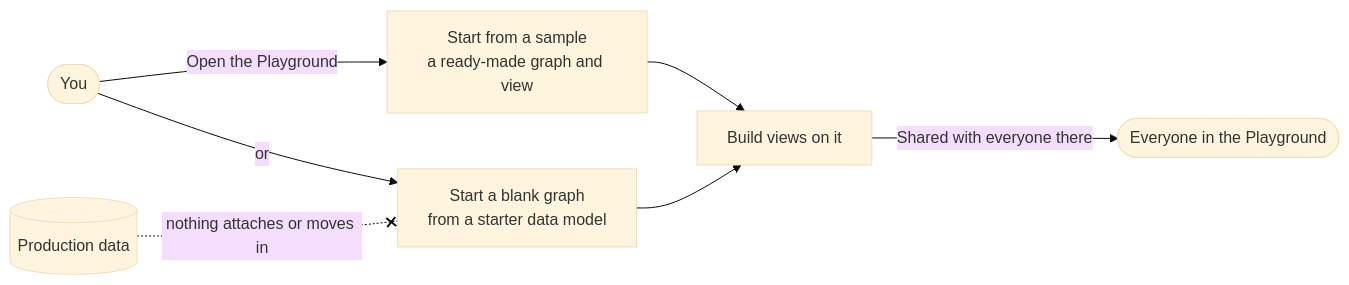
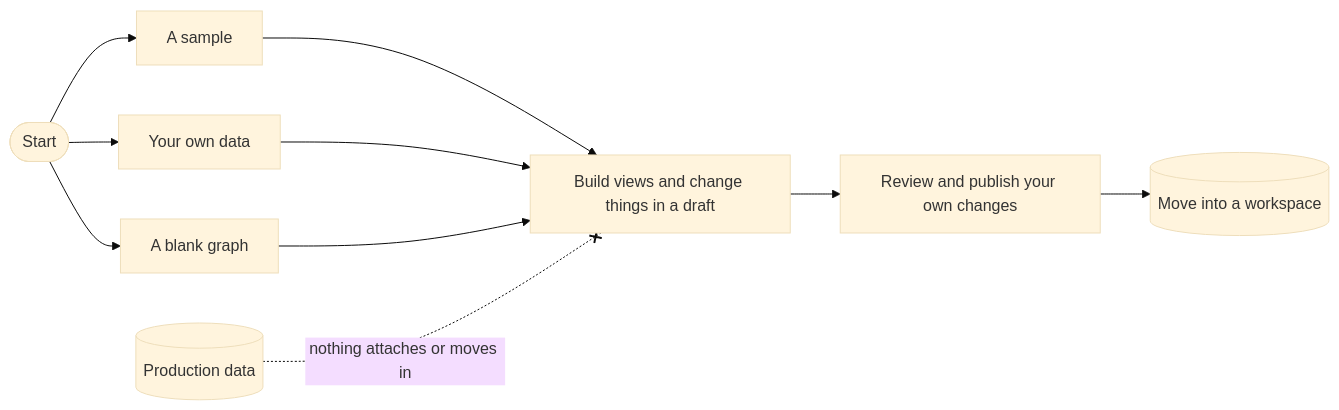
The diagram in docs/guide/PLAYGROUND.md (rkrumins/dataviz), drawn with Mermaid (base theme) before and after one commit. The commit also changed other lines of this file and 3 other files, not shown here.

First line of the commit message:
Guide: the Playground as your workspace at its first stage, with a learning path

````diff
--- a/docs/guide/PLAYGROUND.md
+++ b/docs/guide/PLAYGROUND.md
@@ -14,9 +15,12 @@
 ```mermaid
 flowchart LR
-  You([You]) -->|Open the Playground| Sample[Start from a sample<br/>a ready-made graph and view]
-  You -->|or| Graph[Start a blank graph<br/>from a starter data model]
-  Sample --> View[Build views on it]
-  Graph --> View
-  View -->|Shared with everyone there| Others([Everyone in the Playground])
-  Prod[(Production data)] -. nothing attaches or moves in .-x Graph
+  Start([Start]) --> Sample[A sample]
+  Start --> Own[Your own data]
+  Start --> Blank[A blank graph]
+  Sample --> Build[Build views and change things in a draft]
+  Own --> Build
+  Blank --> Build
+  Build --> Review[Review and publish your own changes]
+  Review --> Graduate[(Move into a workspace)]
+  Prod[(Production data)] -. nothing attaches or moves in .-x Build
 ```
````
